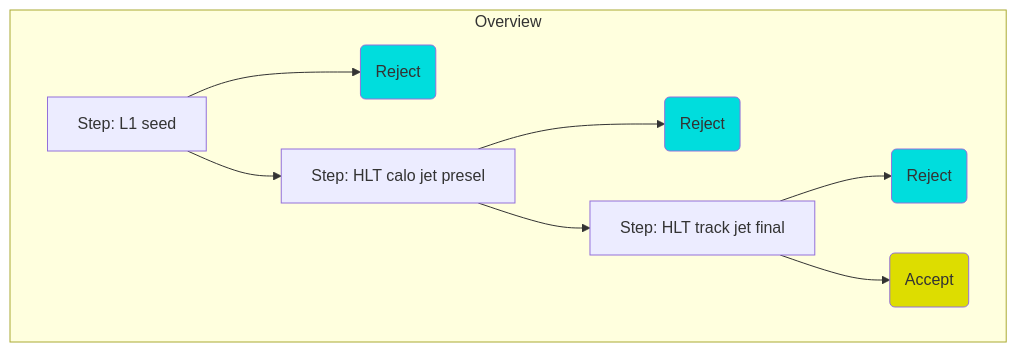
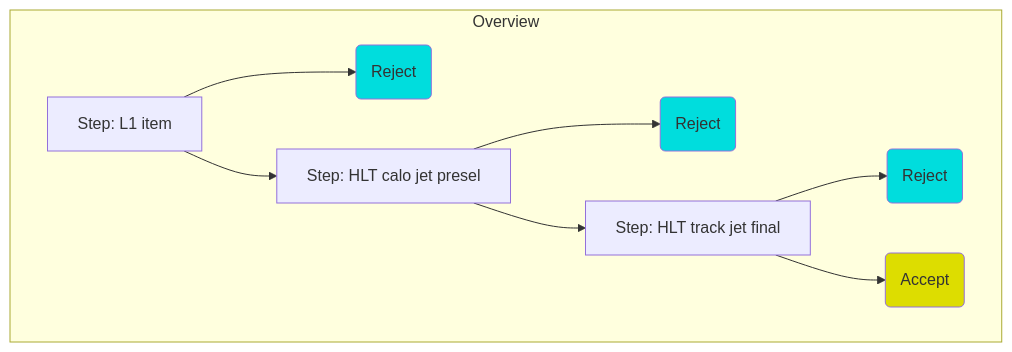
One commit to rolandjansky/athena changed the first of 4 diagrams in Trigger/TriggerCommon/TriggerMenuMT/python/HLTMenuConfig/Jet/README.md. Above: the diagram before and after it, drawn with Mermaid.

Commit message:
Be less sloppy

````diff
--- a/Trigger/TriggerCommon/TriggerMenuMT/python/HLTMenuConfig/Jet/README.md
+++ b/Trigger/TriggerCommon/TriggerMenuMT/python/HLTMenuConfig/Jet/README.md
@@ -7,15 +7,15 @@
 ```mermaid
 graph TD;
 
   subgraph Overview
-  L1[Step: L1 seed] --> R1(Reject):::reject
+  L1[Step: L1 item] --> R1(Reject):::reject
   L1 --> HLT1;
   HLT1[Step: HLT calo jet presel] --> R2(Reject):::reject;
   HLT1 --> HLT2;
   HLT2[Step: HLT track jet final] --> R3(Reject):::reject;
   HLT2 --> A(Accept):::accept;
   end
 
   classDef reject fill:#0dd;
   classDef accept fill:#dd0;
 ```
````
